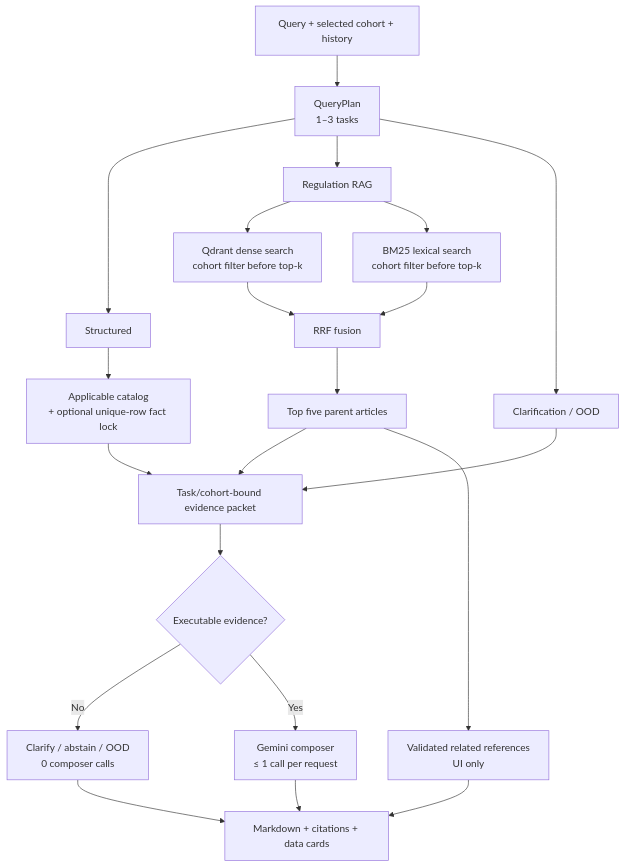
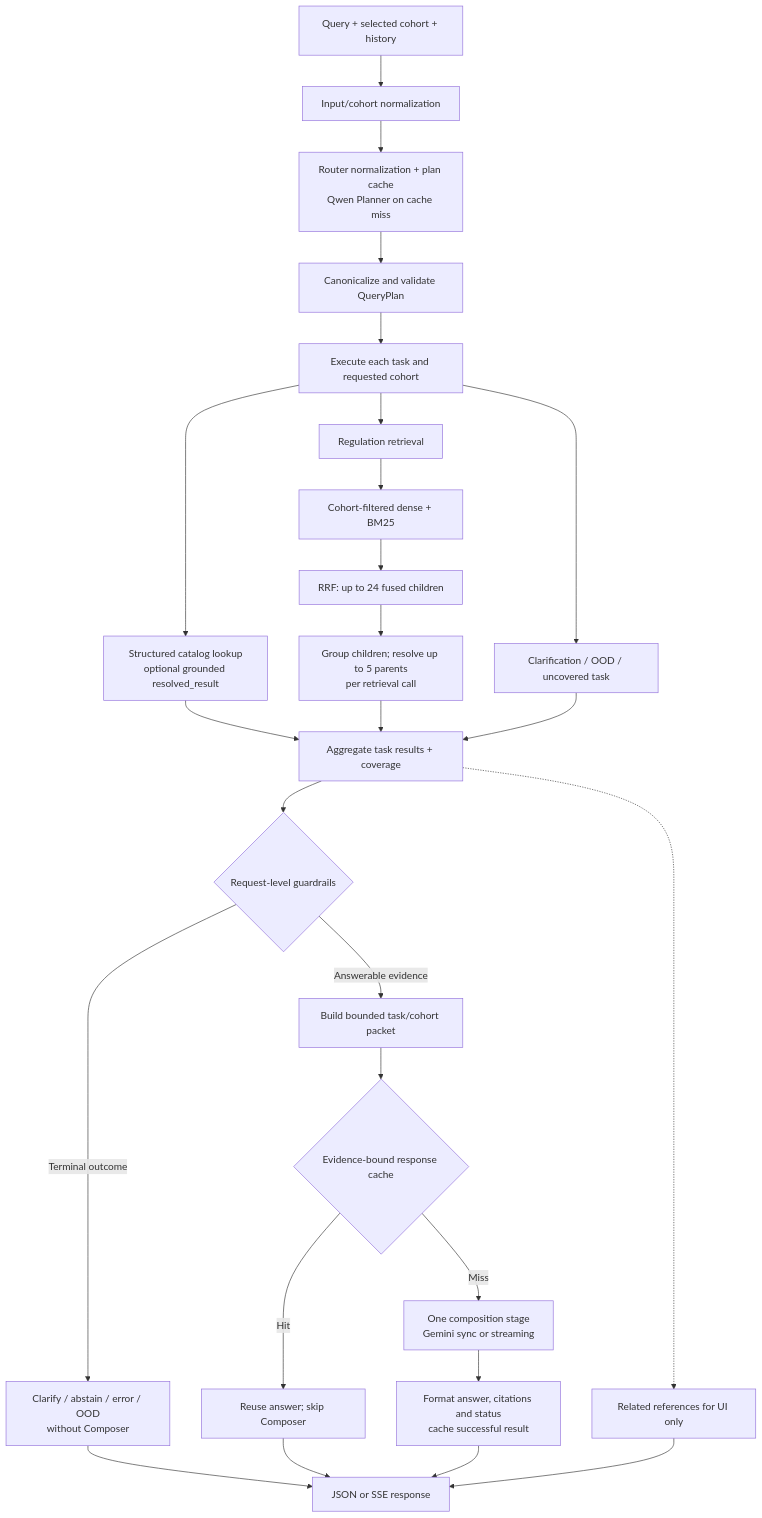
One commit to AnhPhiNe/student-handbook-rag-chatbot changed the second of 3 diagrams in README.md. Above: the diagram before and after it, drawn with Mermaid. The commit also changed other lines of this file, not shown here.

````diff
--- a/README.md
+++ b/README.md
@@ -109,25 +113,28 @@
 ```mermaid
 flowchart TD
-    Request["Query + selected cohort + history"] --> Plan["QueryPlan<br/>1–3 tasks"]
-    Plan --> S["Structured"]
-    Plan --> R["Regulation RAG"]
-    Plan --> C["Clarification / OOD"]
-
-    S --> Lookup["Applicable catalog<br/>+ optional unique-row fact lock"]
-    R --> Dense["Qdrant dense search<br/>cohort filter before top-k"]
-    R --> Sparse["BM25 lexical search<br/>cohort filter before top-k"]
-    Dense --> RRF["RRF fusion"]
-    Sparse --> RRF
-    RRF --> Parents["Top five parent articles"]
-    Parents --> Packet["Task/cohort-bound evidence packet"]
-    Lookup --> Packet
-    C --> Packet
-
-    Parents --> Graph["Validated related references<br/>UI only"]
-    Packet --> Ready{"Executable evidence?"}
-    Ready -->|"No"| Safe["Clarify / abstain / OOD<br/>0 composer calls"]
-    Ready -->|"Yes"| Answer["Gemini composer<br/>≤ 1 call per request"]
-    Answer --> Response["Markdown + citations + data cards"]
+    Request["Query + selected cohort + history"] --> Input["Input/cohort normalization"]
+    Input --> Router["Router normalization + plan cache<br/>Qwen Planner on cache miss"]
+    Router --> Validate["Canonicalize and validate QueryPlan"]
+    Validate --> Tasks["Execute each task and requested cohort"]
+    Tasks --> S["Structured catalog lookup<br/>optional grounded resolved_result"]
+    Tasks --> R["Regulation retrieval"]
+    Tasks --> C["Clarification / OOD / uncovered task"]
+    R --> Search["Cohort-filtered dense + BM25"]
+    Search --> RRF["RRF: up to 24 fused children"]
+    RRF --> Parents["Group children; resolve up to 5 parents<br/>per retrieval call"]
+    Parents --> Merge["Aggregate task results + coverage"]
+    S --> Merge
+    C --> Merge
+    Merge --> Gate{"Request-level guardrails"}
+    Gate -->|"Terminal outcome"| Safe["Clarify / abstain / error / OOD<br/>without Composer"]
+    Gate -->|"Answerable evidence"| Packet["Build bounded task/cohort packet"]
+    Packet --> Cache{"Evidence-bound response cache"}
+    Cache -->|"Hit"| Cached["Reuse answer; skip Composer"]
+    Cache -->|"Miss"| Compose["One composition stage<br/>Gemini sync or streaming"]
+    Compose --> Final["Format answer, citations and status<br/>cache successful result"]
+    Merge -.-> Graph["Related references for UI only"]
+    Final --> Response["JSON or SSE response"]
     Safe --> Response
+    Cached --> Response
     Graph --> Response
 ```
````
